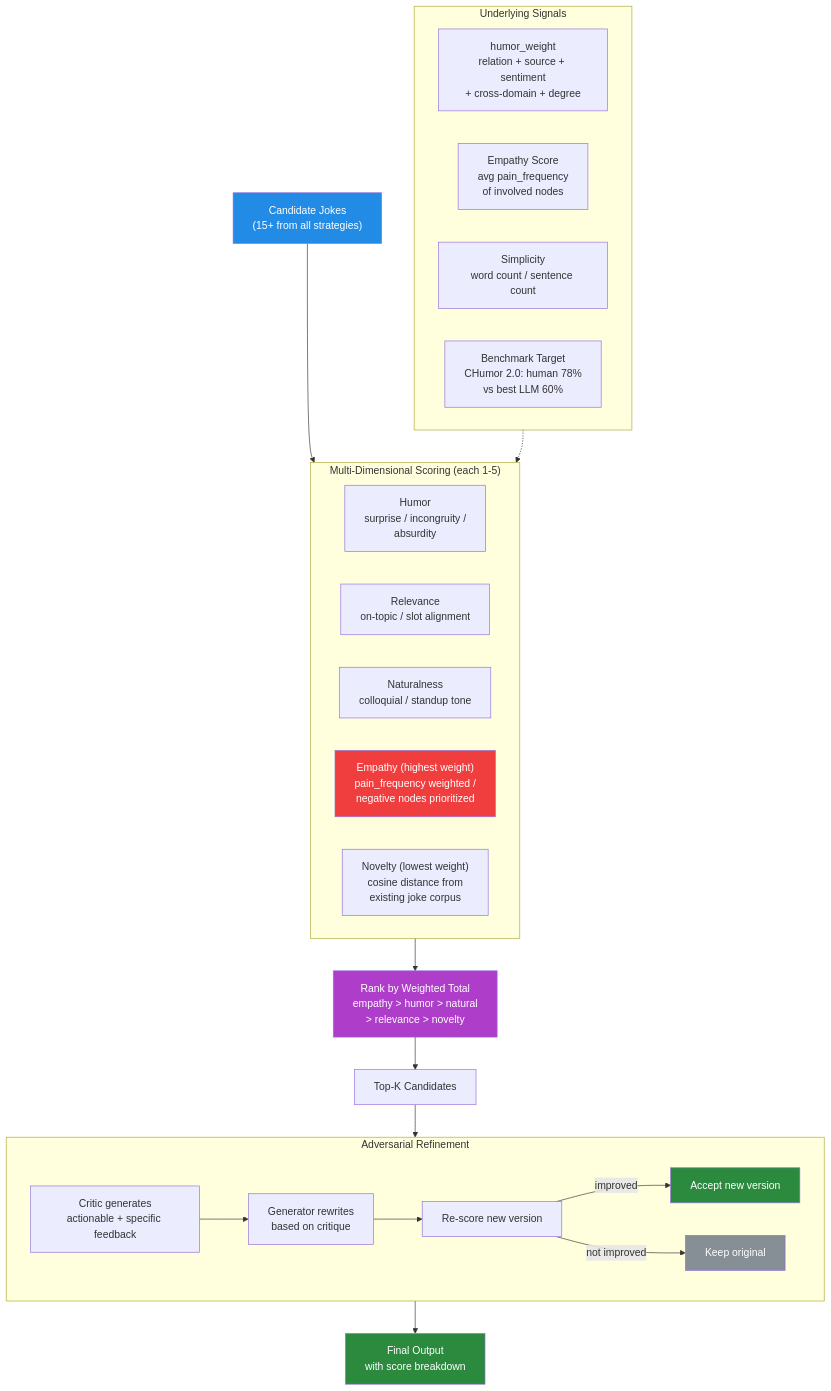
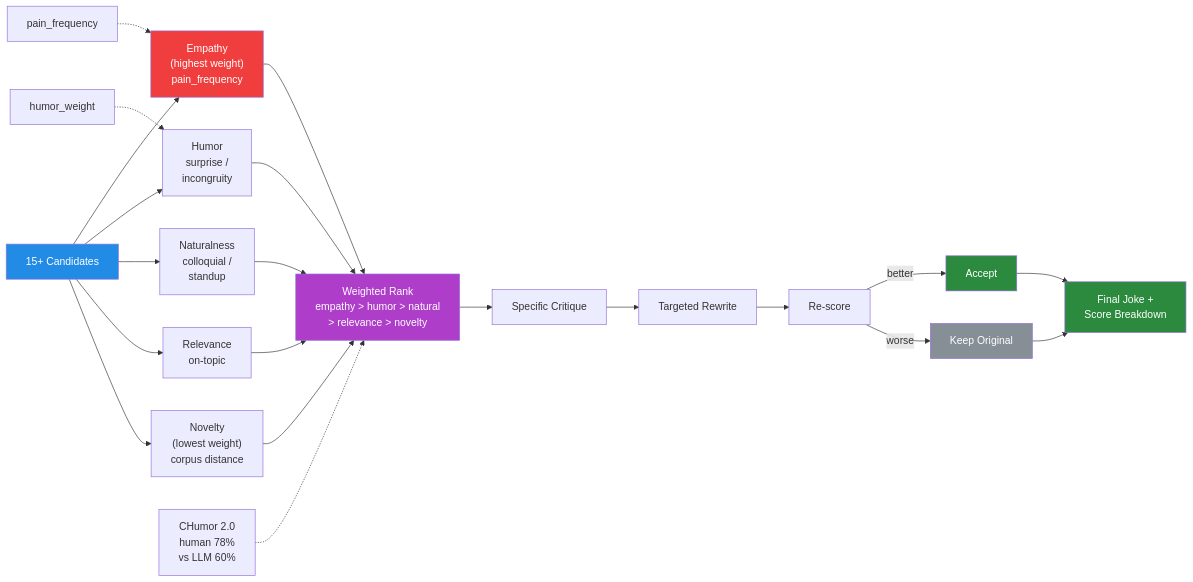
Before and after one commit to echo-xiao/humor_generator: the sixth of 7 diagrams in docs/diagrams.md, drawn with Mermaid. The commit also changed other lines of this file, not shown here.

Commit message:
docs: fix evaluation framework layout (LR) + simplify data flow

````diff
--- a/docs/diagrams.md
+++ b/docs/diagrams.md
@@ -281,44 +270,23 @@
 ```mermaid
-graph TD
-    CAND["Candidate Jokes<br/>(15+ from all strategies)"] --> SCORE
+graph LR
+    CAND["15+ Candidates"] --> D4["Empathy<br/>(highest weight)<br/>pain_frequency"] & D1["Humor<br/>surprise /<br/>incongruity"] & D3["Naturalness<br/>colloquial /<br/>standup"] & D2["Relevance<br/>on-topic"] & D5["Novelty<br/>(lowest weight)<br/>corpus distance"]
 
-    subgraph SCORE["Multi-Dimensional Scoring (each 1-5)"]
-        D1["Humor<br/>surprise / incongruity /<br/>absurdity"]
-        D2["Relevance<br/>on-topic / slot alignment"]
-        D3["Naturalness<br/>colloquial / standup tone"]
-        D4["Empathy (highest weight)<br/>pain_frequency weighted /<br/>negative nodes prioritized"]
-        D5["Novelty (lowest weight)<br/>cosine distance from<br/>existing joke corpus"]
-    end
+    D4 & D1 & D3 & D2 & D5 --> RANK["Weighted Rank<br/>empathy > humor > natural<br/>> relevance > novelty"]
 
-    SCORE --> RANK["Rank by Weighted Total<br/>empathy > humor > natural<br/>> relevance > novelty"]
+    RANK --> R1["Specific Critique"] --> R2["Targeted Rewrite"] --> R3["Re-score"]
+    R3 -->|"better"| R4["Accept"]
+    R3 -->|"worse"| R5["Keep Original"]
 
-    RANK --> TOP["Top-K Candidates"]
+    R4 & R5 --> FINAL["Final Joke +<br/>Score Breakdown"]
 
-    TOP --> REFINE
-
-    subgraph REFINE["Adversarial Refinement"]
-        R1["Critic generates<br/>actionable + specific feedback"]
-        R1 --> R2["Generator rewrites<br/>based on critique"]
-        R2 --> R3["Re-score new version"]
-        R3 -->|"improved"| R4["Accept new version"]
-        R3 -->|"not improved"| R5["Keep original"]
-    end
-
-    REFINE --> FINAL["Final Output<br/>with score breakdown"]
-
-    subgraph SIGNALS["Underlying Signals"]
-        S1["humor_weight<br/>relation + source + sentiment<br/>+ cross-domain + degree"]
-        S2["Empathy Score<br/>avg pain_frequency<br/>of involved nodes"]
-        S3["Simplicity<br/>word count / sentence count"]
-        S4["Benchmark Target<br/>CHumor 2.0: human 78%<br/>vs best LLM 60%"]
-    end
-
-    SIGNALS -.-> SCORE
+    S1["humor_weight"] -.-> D1
+    S2["pain_frequency"] -.-> D4
+    S3["CHumor 2.0<br/>human 78%<br/>vs LLM 60%"] -.-> RANK
 
     style CAND fill:#228be6,color:#fff
     style D4 fill:#f03e3e,color:#fff
     style RANK fill:#ae3ec9,color:#fff
     style R4 fill:#2b8a3e,color:#fff
     style R5 fill:#868e96,color:#fff
     style FINAL fill:#2b8a3e,color:#fff
 ```
````
